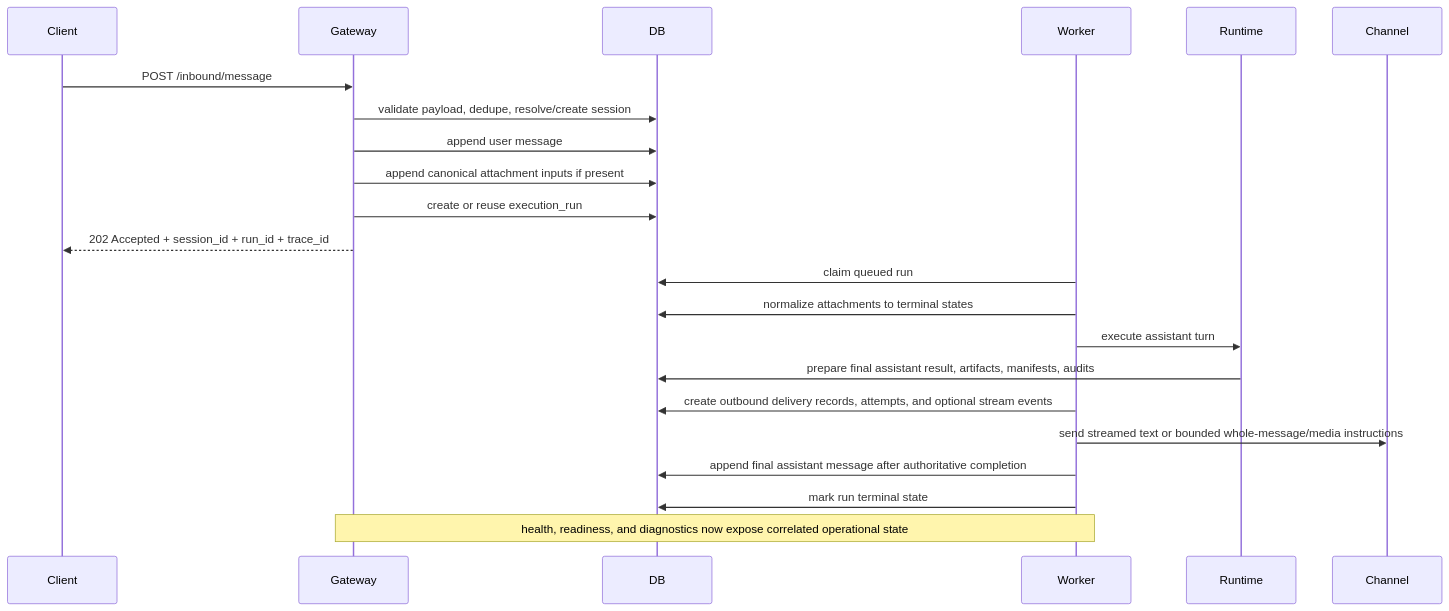
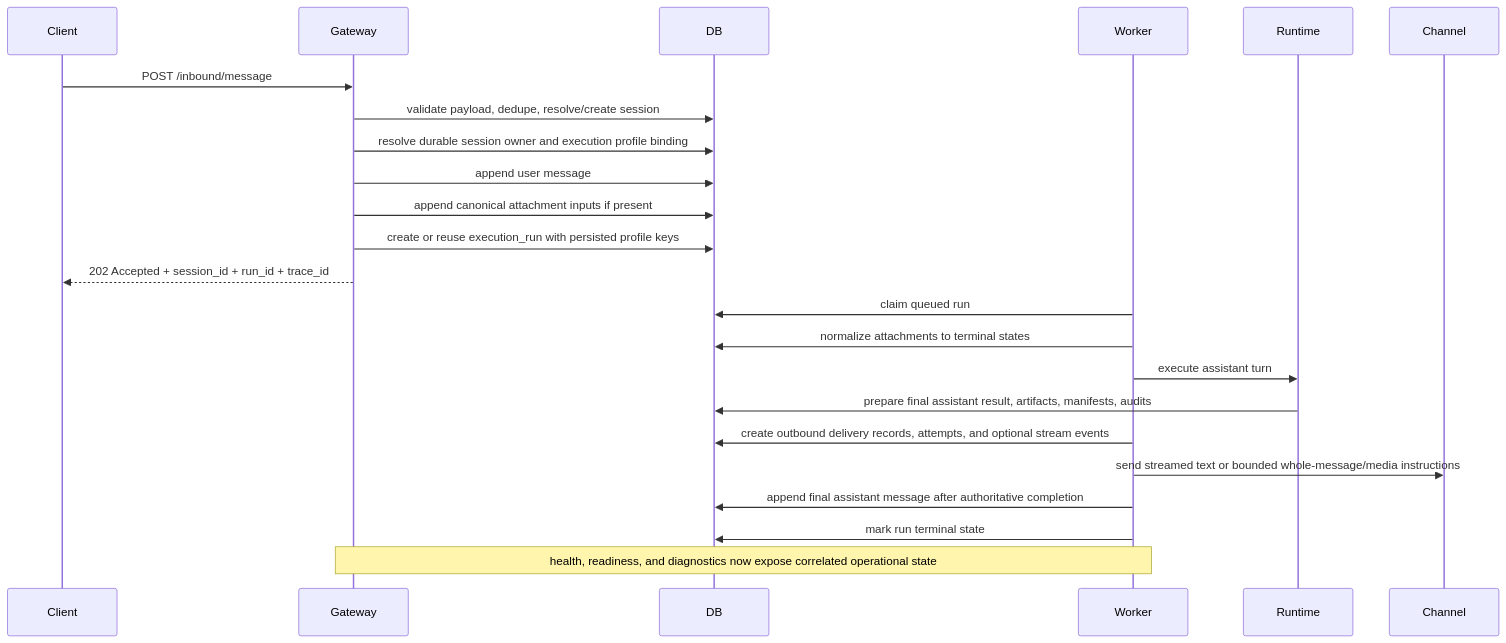
One commit to scott5252/python-claw changed the second of 4 diagrams in README.md. Above: the diagram before and after it, drawn with Mermaid. The commit also changed other lines of this file and 33 other files, not shown here.

````diff
--- a/README.md
+++ b/README.md
@@ -117,25 +121,26 @@
 ```mermaid
 sequenceDiagram
     participant Client
     participant Gateway
     participant DB
     participant Worker
     participant Runtime
     participant Channel
 
     Client->>Gateway: POST /inbound/message
     Gateway->>DB: validate payload, dedupe, resolve/create session
+    Gateway->>DB: resolve durable session owner and execution profile binding
     Gateway->>DB: append user message
     Gateway->>DB: append canonical attachment inputs if present
-    Gateway->>DB: create or reuse execution_run
+    Gateway->>DB: create or reuse execution_run with persisted profile keys
     Gateway-->>Client: 202 Accepted + session_id + run_id + trace_id
     Worker->>DB: claim queued run
     Worker->>DB: normalize attachments to terminal states
     Worker->>Runtime: execute assistant turn
     Runtime->>DB: prepare final assistant result, artifacts, manifests, audits
     Worker->>DB: create outbound delivery records, attempts, and optional stream events
     Worker->>Channel: send streamed text or bounded whole-message/media instructions
     Worker->>DB: append final assistant message after authoritative completion
     Worker->>DB: mark run terminal state
     Note over Gateway,Worker: health, readiness, and diagnostics now expose correlated operational state
 ```
````
